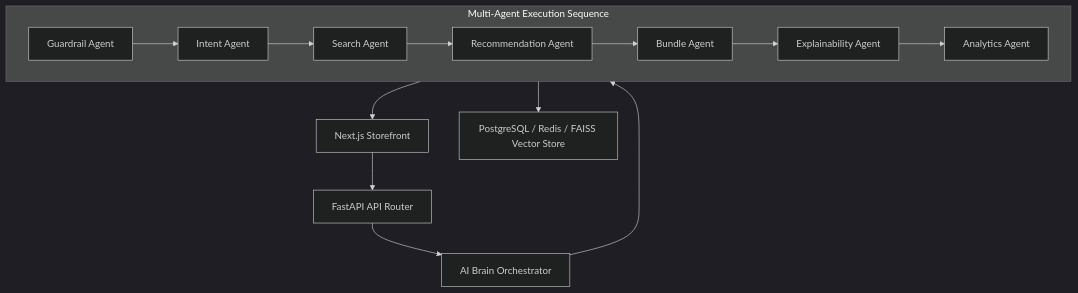
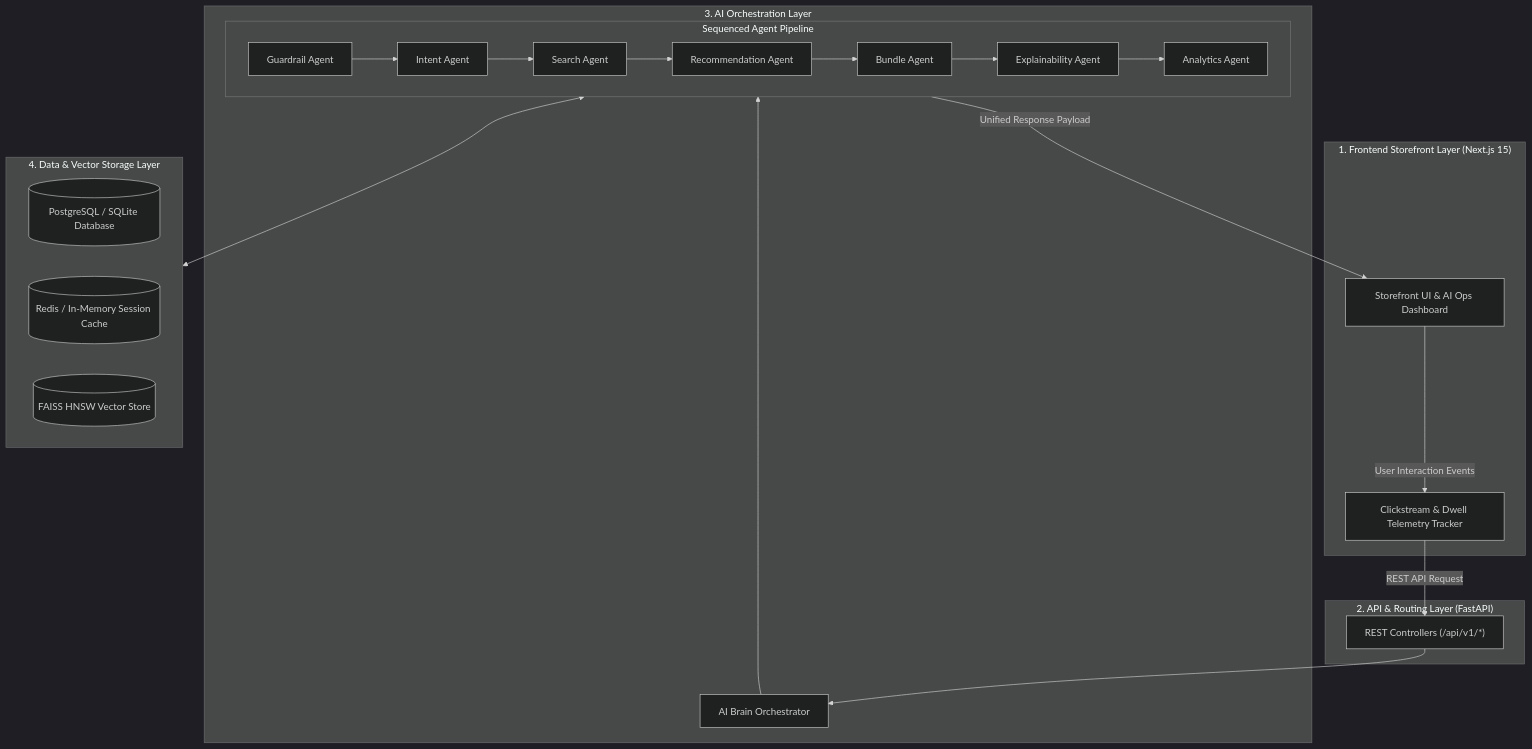
The diagram in README.md (saipraveen-k/IntentIQ), drawn with Mermaid (dark theme) before and after one commit. The commit also changed other lines of this file and 2 other files, not shown here.

Commit message:
docs: Enhance clarity of system architecture and multi-tier diagrams

````diff
--- a/README.md
+++ b/README.md
@@ -39,18 +41,37 @@
 ```mermaid
-flowchart TD
-    Client["Next.js Storefront"] --> Router["FastAPI API Router"]
-    Router --> Orchestrator["AI Brain Orchestrator"]
-
-    subgraph Pipeline ["Multi-Agent Execution Sequence"]
-        Guardrail["Guardrail Agent"] --> Intent["Intent Agent"]
-        Intent --> Search["Search Agent"]
-        Search --> Recs["Recommendation Agent"]
-        Recs --> Bundle["Bundle Agent"]
-        Bundle --> XAI["Explainability Agent"]
-        XAI --> Analytics["Analytics Agent"]
+flowchart TB
+    subgraph Client ["1. Frontend Storefront Layer (Next.js 15)"]
+        UI["Storefront UI & AI Ops Dashboard"]
+        Hook["Clickstream & Dwell Telemetry Tracker"]
     end
 
+    subgraph Gateway ["2. API & Routing Layer (FastAPI)"]
+        Router["REST Controllers (/api/v1/*)"]
+    end
+
+    subgraph Core ["3. AI Orchestration Layer"]
+        Orchestrator["AI Brain Orchestrator"]
+        
+        subgraph Pipeline ["Sequenced Agent Pipeline"]
+            A1["Guardrail Agent"] --> A2["Intent Agent"]
+            A2 --> A3["Search Agent"]
+            A3 --> A4["Recommendation Agent"]
+            A4 --> A5["Bundle Agent"]
+            A5 --> A6["Explainability Agent"]
+            A6 --> A7["Analytics Agent"]
+        end
+    end
+
+    subgraph Storage ["4. Data & Vector Storage Layer"]
+        DB[("PostgreSQL / SQLite Database")]
+        Cache[("Redis / In-Memory Session Cache")]
+        VectorDB[("FAISS HNSW Vector Store")]
+    end
+
+    UI -- "User Interaction Events" --> Hook
+    Hook -- "REST API Request" --> Router
+    Router --> Orchestrator
     Orchestrator --> Pipeline
-    Pipeline --> Storage["PostgreSQL / Redis / FAISS Vector Store"]
-    Pipeline --> Client
+    Pipeline <--> Storage
+    Pipeline -- "Unified Response Payload" --> UI
 ```
````
